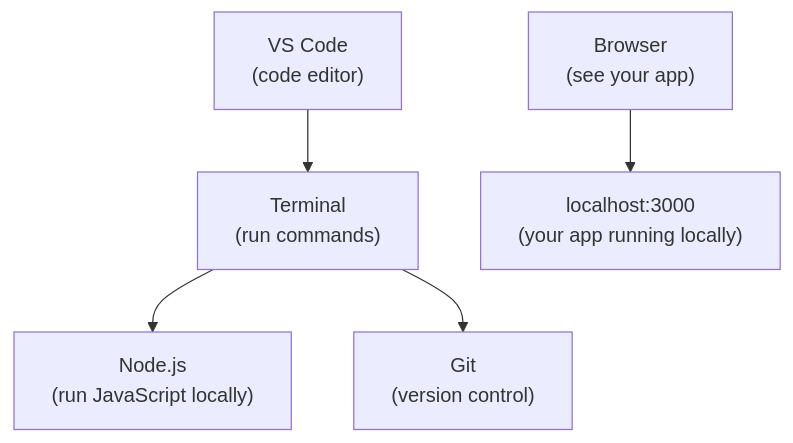
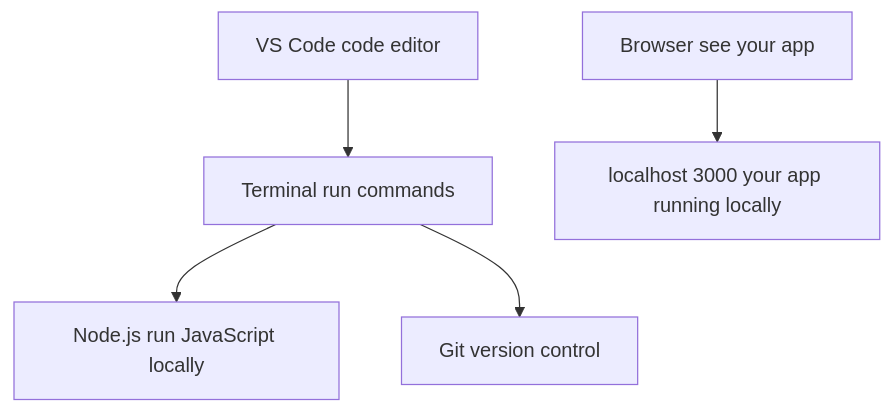
One commit to wongjinar-ai/expample changed the fifth of 6 diagrams in learning/03-general-software-development.md. Above: the diagram before and after it, drawn with Mermaid. The commit also changed other lines of this file and 16 other files, not shown here.

````diff
--- a/learning/03-general-software-development.md
+++ b/learning/03-general-software-development.md
@@ -231,13 +231,13 @@
 ```mermaid
-graph TD
-    Terminal["Terminal\n(run commands)"]
-    NodeJS["Node.js\n(run JavaScript locally)"]
-    VSCode["VS Code\n(code editor)"]
-    Git["Git\n(version control)"]
-    Browser["Browser\n(see your app)"]
+flowchart TD
+    Terminal[Terminal run commands]
+    NodeJS[Node.js run JavaScript locally]
+    VSCode[VS Code code editor]
+    Git[Git version control]
+    Browser[Browser see your app]
 
     Terminal --> NodeJS
     Terminal --> Git
     VSCode --> Terminal
-    Browser --> App["localhost:3000\n(your app running locally)"]
+    Browser --> App[localhost 3000 your app running locally]
 ```
````
